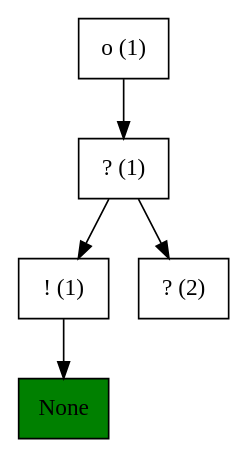
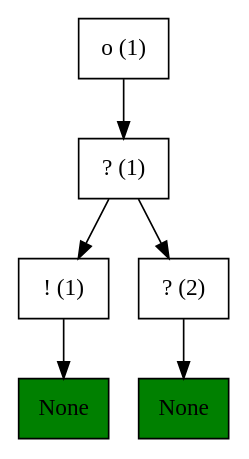
One commit to NVSL/TAZI changed the diagram in out_behavior.dot. Above: the diagram before and after it, drawn with Graphviz. The commit also changed 9 other files, not shown here.

```diff
--- a/out_behavior.dot
+++ b/out_behavior.dot
@@ -1,12 +1,14 @@
 digraph G {
     ordering=out;
     inverter1 -> action_node1;
+    selector_node2 -> action_node2;
     selector_node1 -> inverter1;
     selector_node1 -> selector_node2;
     root -> selector_node1;
     action_node1 [shape="polygon", sides=4, fillcolor="green", style="filled", label="None"];
 	inverter1 [shape="polygon",sides=4,label="! (1)"];
+    action_node2 [shape="polygon", sides=4, fillcolor="green", style="filled", label="None"];
 	selector_node2 [shape="polygon",sides=4,label="? (2)"];
 	selector_node1 [shape="polygon",sides=4,label="? (1)"];
 	root [shape="polygon",sides=4,label="o (1)"];
  }
```
